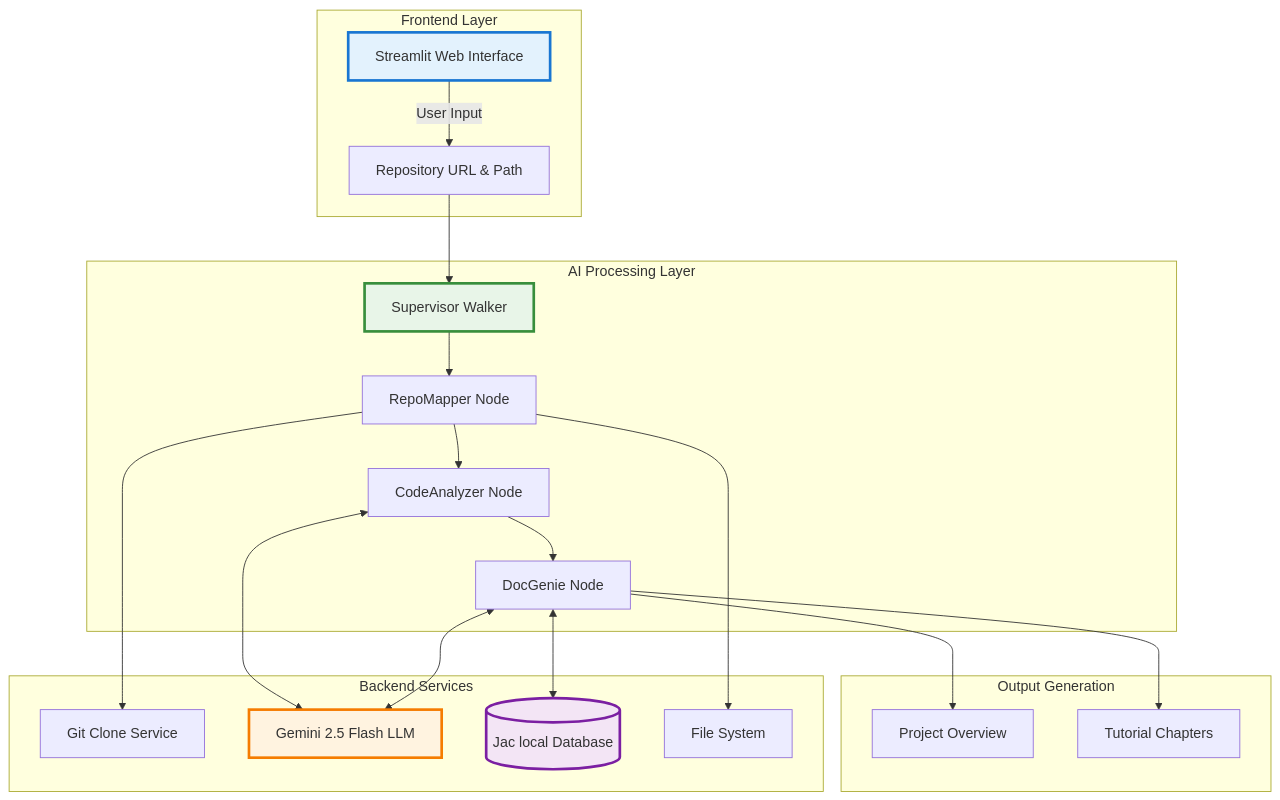
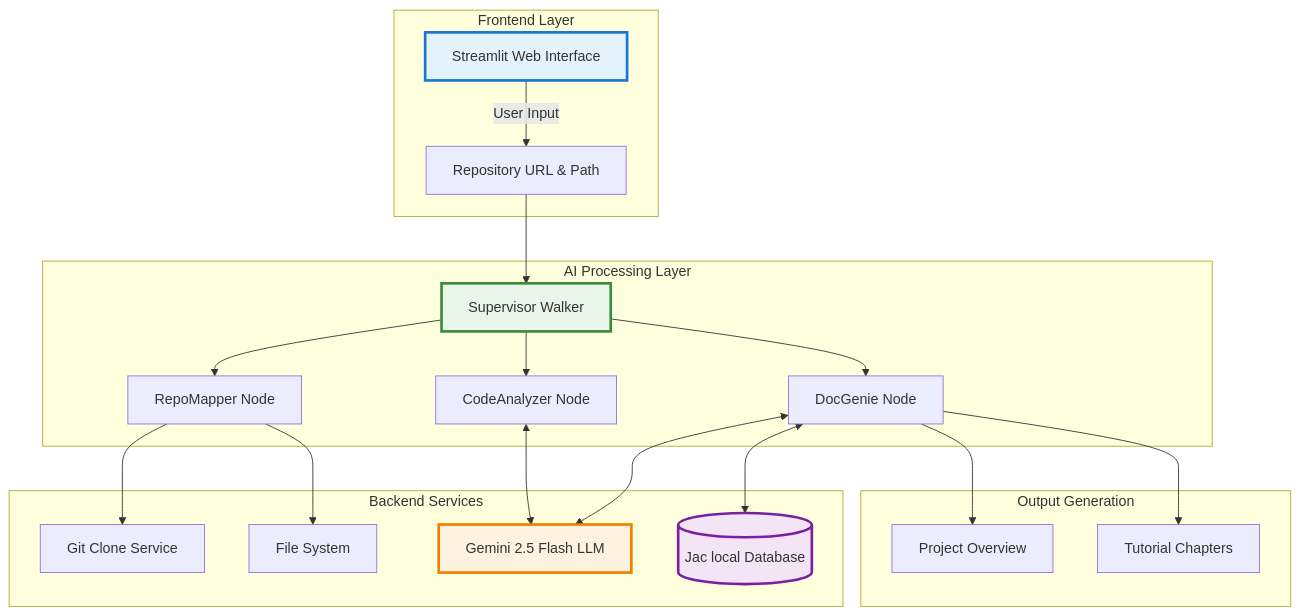
Before and after one commit to SahanUday/Codebase-Genius: the diagram in README.md, drawn with Mermaid.

Commit message:
Modify node relationships in README diagram
Updated the flow of nodes in the diagram to reflect the new relationships.

````diff
--- a/README.md
+++ b/README.md
@@ -27,45 +27,45 @@
 ```mermaid
 graph TB
     subgraph "Frontend Layer"
         UI[Streamlit Web Interface]
         UI --> |User Input| INPUT[Repository URL & Path]
     end
     
     subgraph "AI Processing Layer"
         SUPERVISOR[Supervisor Walker]
         REPO[RepoMapper Node]
         CODE[CodeAnalyzer Node] 
         DOC[DocGenie Node]
         
         SUPERVISOR --> REPO
-        REPO --> CODE
-        CODE --> DOC
+        SUPERVISOR --> CODE
+        SUPERVISOR --> DOC
     end
     
     subgraph "Backend Services"
         GIT[Git Clone Service]
         LLM[Gemini 2.5 Flash LLM]
         DB[(Jac local Database)]
         FILE[File System]
     end
     
     subgraph "Output Generation"
         OVERVIEW[Project Overview]
         CHAPTERS[Tutorial Chapters]
     end
     
     INPUT --> SUPERVISOR
     REPO --> GIT
     REPO --> FILE
     CODE <--> LLM
     DOC <--> LLM
     DOC <--> DB
     
     DOC --> OVERVIEW
     DOC --> CHAPTERS
     
     style UI fill:#E3F2FD,stroke:#1976D2,stroke-width:3px
     style SUPERVISOR fill:#E8F5E8,stroke:#388E3C,stroke-width:3px
     style LLM fill:#FFF3E0,stroke:#F57C00,stroke-width:3px
     style DB fill:#F3E5F5,stroke:#7B1FA2,stroke-width:3px
 ```
````
